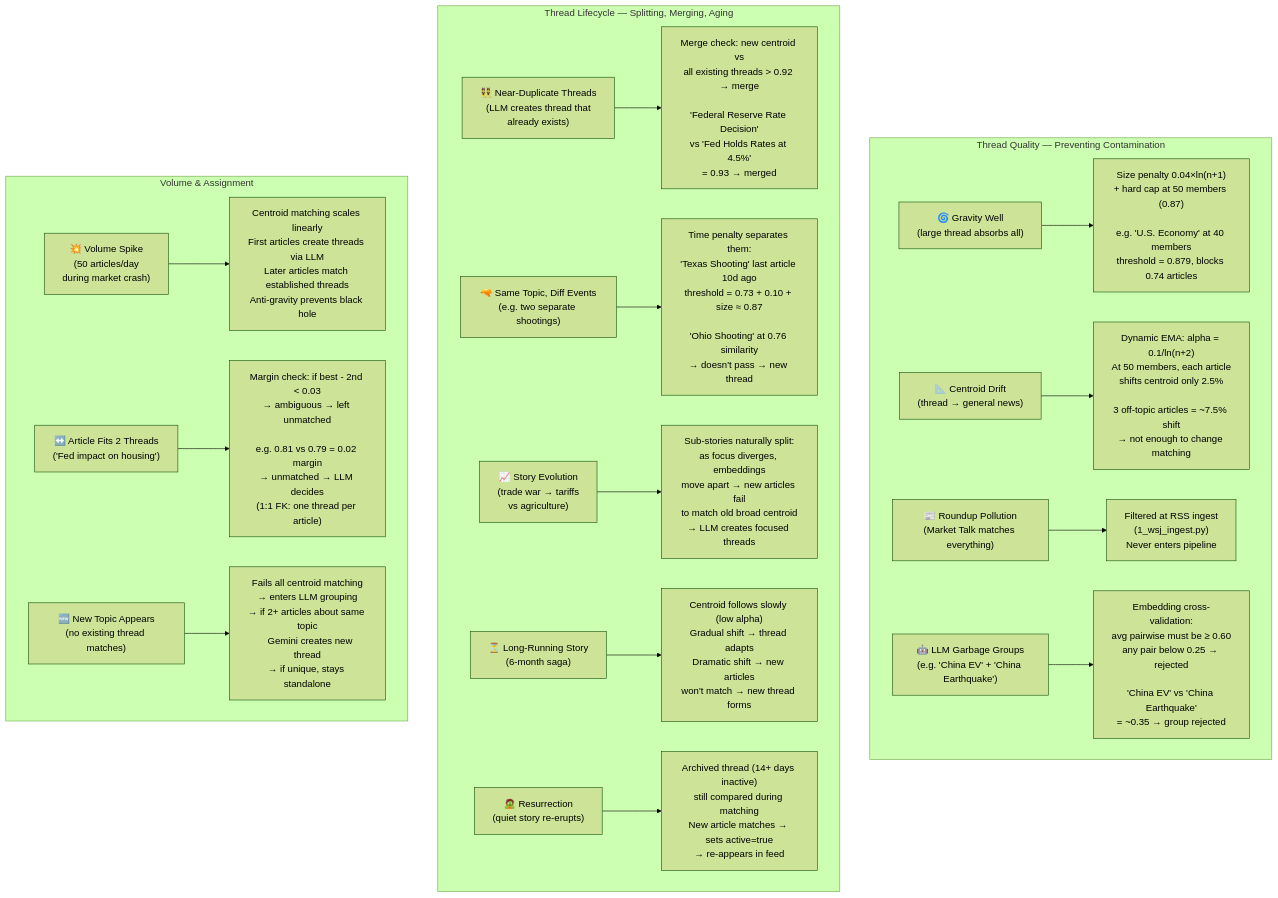
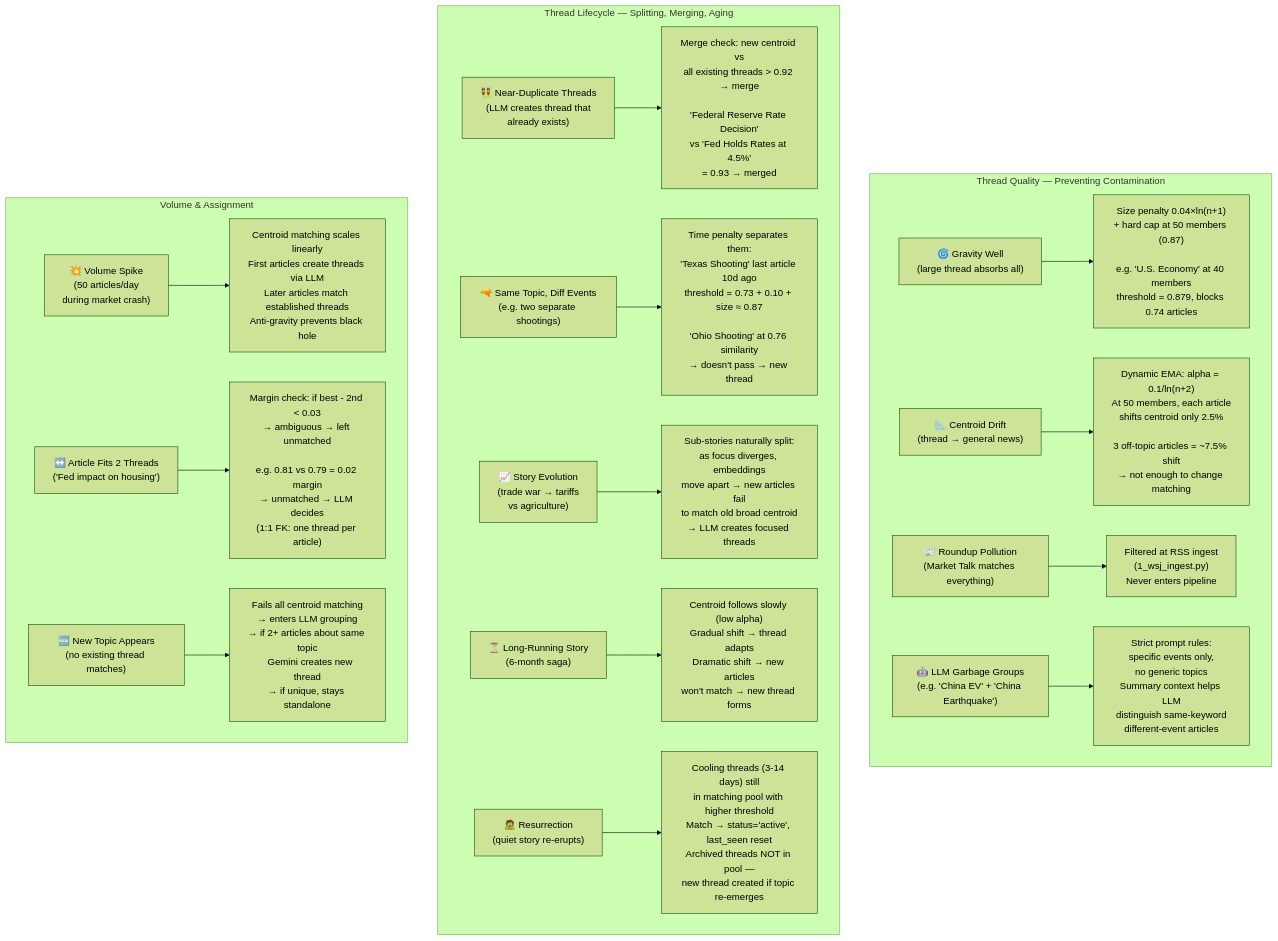
One commit to choym92/araverus changed the seventh of 9 diagrams in docs/1.2-news-threading-visual.md. Above: the diagram before and after it, drawn with Mermaid (forest theme). The commit also changed other lines of this file and 35 other files, not shown here.

````diff
--- a/docs/1.2-news-threading-visual.md
+++ b/docs/1.2-news-threading-visual.md
@@ -220,47 +211,47 @@
 ```mermaid
 flowchart TD
     subgraph QUALITY ["Thread Quality — Preventing Contamination"]
         direction LR
         EC1["🌀 Gravity Well<br/>(large thread absorbs all)"]
         EC1 --> S1["Size penalty 0.04×ln(n+1)<br/>+ hard cap at 50 members (0.87)<br/><br/>e.g. 'U.S. Economy' at 40 members<br/>threshold = 0.879, blocks 0.74 articles"]
 
         EC2["📐 Centroid Drift<br/>(thread → general news)"]
         EC2 --> S2["Dynamic EMA: alpha = 0.1/ln(n+2)<br/>At 50 members, each article<br/>shifts centroid only 2.5%<br/><br/>3 off-topic articles = ~7.5% shift<br/>→ not enough to change matching"]
 
         EC3["📰 Roundup Pollution<br/>(Market Talk matches everything)"]
         EC3 --> S3["Filtered at RSS ingest<br/>(1_wsj_ingest.py)<br/>Never enters pipeline"]
 
         EC4["🤖 LLM Garbage Groups<br/>(e.g. 'China EV' + 'China Earthquake')"]
-        EC4 --> S4["Embedding cross-validation:<br/>avg pairwise must be ≥ 0.60<br/>any pair below 0.25 → rejected<br/><br/>'China EV' vs 'China Earthquake'<br/>= ~0.35 → group rejected"]
+        EC4 --> S4["Strict prompt rules:<br/>specific events only,<br/>no generic topics<br/>Summary context helps LLM<br/>distinguish same-keyword<br/>different-event articles"]
     end
 
     subgraph LIFECYCLE ["Thread Lifecycle — Splitting, Merging, Aging"]
         direction LR
         EC5["👯 Near-Duplicate Threads<br/>(LLM creates thread that<br/>already exists)"]
         EC5 --> S5["Merge check: new centroid vs<br/>all existing threads > 0.92 → merge<br/><br/>'Federal Reserve Rate Decision'<br/>vs 'Fed Holds Rates at 4.5%'<br/>= 0.93 → merged"]
 
         EC6["🔫 Same Topic, Diff Events<br/>(e.g. two separate shootings)"]
         EC6 --> S6["Time penalty separates them:<br/>'Texas Shooting' last article 10d ago<br/>threshold = 0.73 + 0.10 + size ≈ 0.87<br/><br/>'Ohio Shooting' at 0.76 similarity<br/>→ doesn't pass → new thread"]
 
         EC7["📈 Story Evolution<br/>(trade war → tariffs<br/>vs agriculture)"]
         EC7 --> S7["Sub-stories naturally split:<br/>as focus diverges, embeddings<br/>move apart → new articles fail<br/>to match old broad centroid<br/>→ LLM creates focused threads"]
 
         EC8["⏳ Long-Running Story<br/>(6-month saga)"]
         EC8 --> S8["Centroid follows slowly (low alpha)<br/>Gradual shift → thread adapts<br/>Dramatic shift → new articles<br/>won't match → new thread forms"]
 
         EC9["🧟 Resurrection<br/>(quiet story re-erupts)"]
-        EC9 --> S9["Archived thread (14+ days inactive)<br/>still compared during matching<br/>New article matches → sets active=true<br/>→ re-appears in feed"]
+        EC9 --> S9["Cooling threads (3-14 days) still<br/>in matching pool with higher threshold<br/>Match → status='active', last_seen reset<br/>Archived threads NOT in pool —<br/>new thread created if topic re-emerges"]
     end
 
     subgraph VOLUME ["Volume & Assignment"]
         direction LR
         EC10["💥 Volume Spike<br/>(50 articles/day<br/>during market crash)"]
         EC10 --> S10["Centroid matching scales linearly<br/>First articles create threads via LLM<br/>Later articles match established threads<br/>Anti-gravity prevents black hole"]
 
         EC11["↔️ Article Fits 2 Threads<br/>('Fed impact on housing')"]
         EC11 --> S11["Margin check: if best - 2nd < 0.03<br/>→ ambiguous → left unmatched<br/><br/>e.g. 0.81 vs 0.79 = 0.02 margin<br/>→ unmatched → LLM decides<br/>(1:1 FK: one thread per article)"]
 
         EC12["🆕 New Topic Appears<br/>(no existing thread matches)"]
         EC12 --> S12["Fails all centroid matching<br/>→ enters LLM grouping<br/>→ if 2+ articles about same topic<br/>   Gemini creates new thread<br/>→ if unique, stays standalone"]
     end
 ```
````
